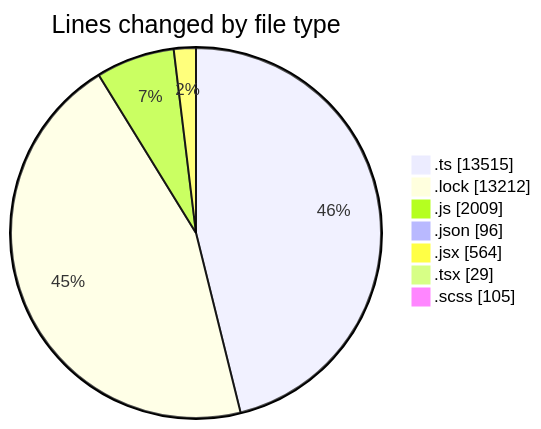
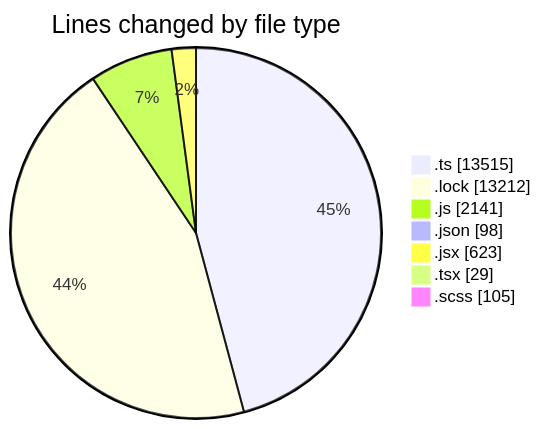
One commit to momahboobian/code-tracking changed the first of 2 diagrams in 2025-05-16/cda/README.md. Above: the diagram before and after it, drawn with Mermaid. The commit also changed other lines of this file and 1 other file, not shown here.

````diff
--- a/2025-05-16/cda/README.md
+++ b/2025-05-16/cda/README.md
@@ -38,11 +38,11 @@
 ```mermaid
 pie showData
 title Lines changed by file type
 ".ts" : 13515
 ".lock" : 13212
-".js" : 2009
-".json" : 96
-".jsx" : 564
+".js" : 2141
+".json" : 98
+".jsx" : 623
 ".tsx" : 29
 ".scss" : 105
 ```
````
